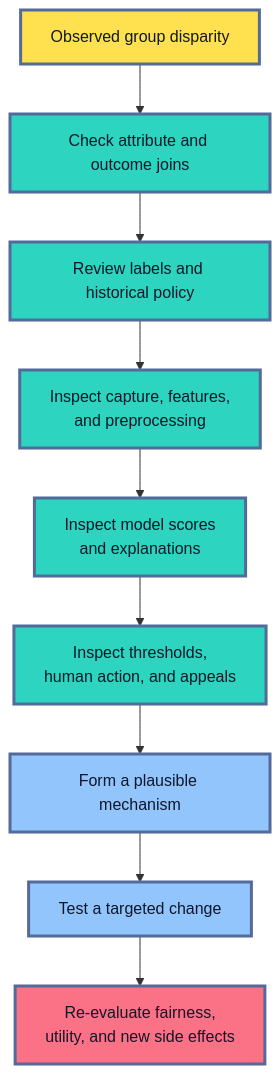
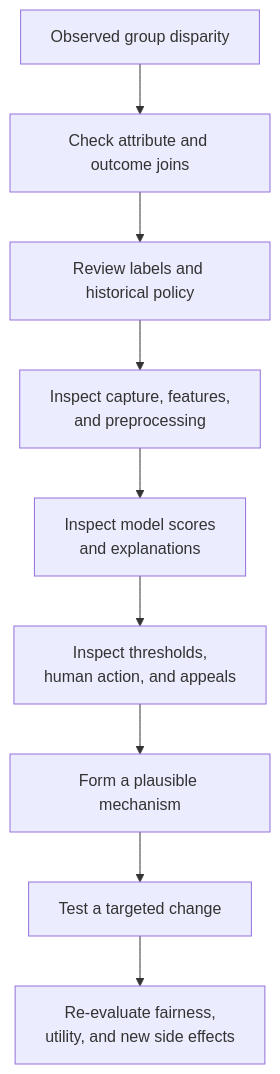
The tenth of 14 diagrams in roadmaps/mlops/modules/model-evaluation/production-readiness/02-bias-fairness-responsible-evaluation.md (senlinyy/dev-roadmaps), drawn with Mermaid before and after one commit. The commit also changed other lines of this file and 152 other files, not shown here.

Commit message:
feat: mlops and diagrams updated

````diff
--- a/roadmaps/mlops/modules/model-evaluation/production-readiness/02-bias-fairness-responsible-evaluation.md
+++ b/roadmaps/mlops/modules/model-evaluation/production-readiness/02-bias-fairness-responsible-evaluation.md
@@ -665,20 +636,16 @@
 ```mermaid
 flowchart TD
     A["Observed group disparity"] --> B["Check attribute and outcome joins"]
     B --> C["Review labels and historical policy"]
     C --> D["Inspect capture, features,<br/>and preprocessing"]
     D --> E["Inspect model scores<br/>and explanations"]
     E --> F["Inspect thresholds,<br/>human action, and appeals"]
     F --> G["Form a plausible mechanism"]
     G --> H["Test a targeted change"]
     H --> I["Re-evaluate fairness,<br/>utility, and new side effects"]
 
-    classDef finding fill:#FFE04F,stroke:#536A9A,stroke-width:3px,color:#111827
-    classDef inspect fill:#2DD4BF,stroke:#536A9A,stroke-width:3px,color:#0F172A
-    classDef action fill:#93C5FD,stroke:#536A9A,stroke-width:3px,color:#0F172A
-    classDef verify fill:#FB7185,stroke:#536A9A,stroke-width:3px,color:#111827
     class A finding
     class B,C,D,E,F inspect
     class G,H action
     class I verify
 ```
````
